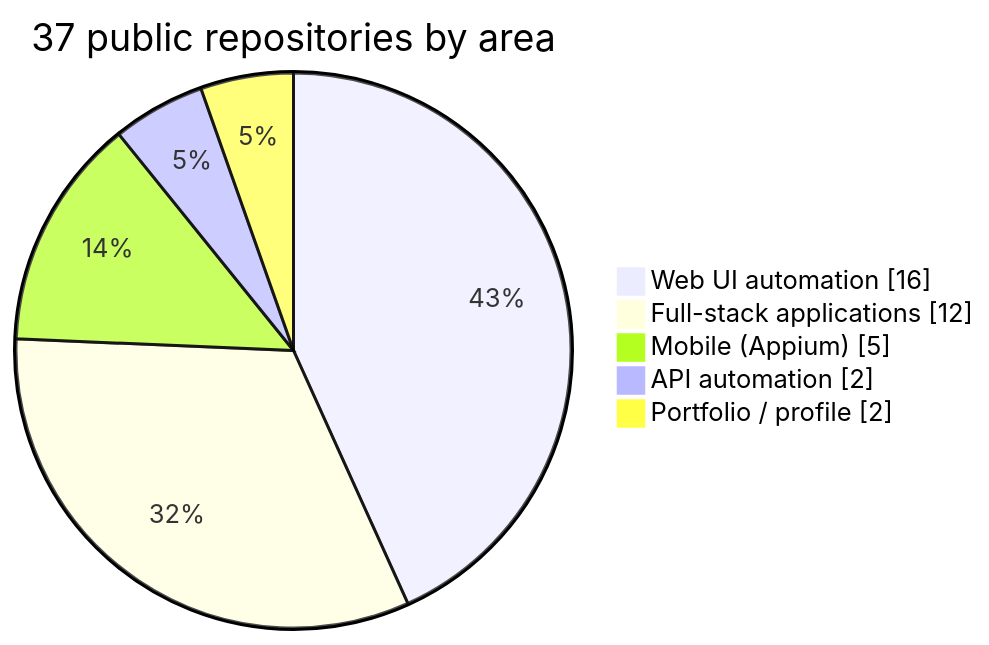
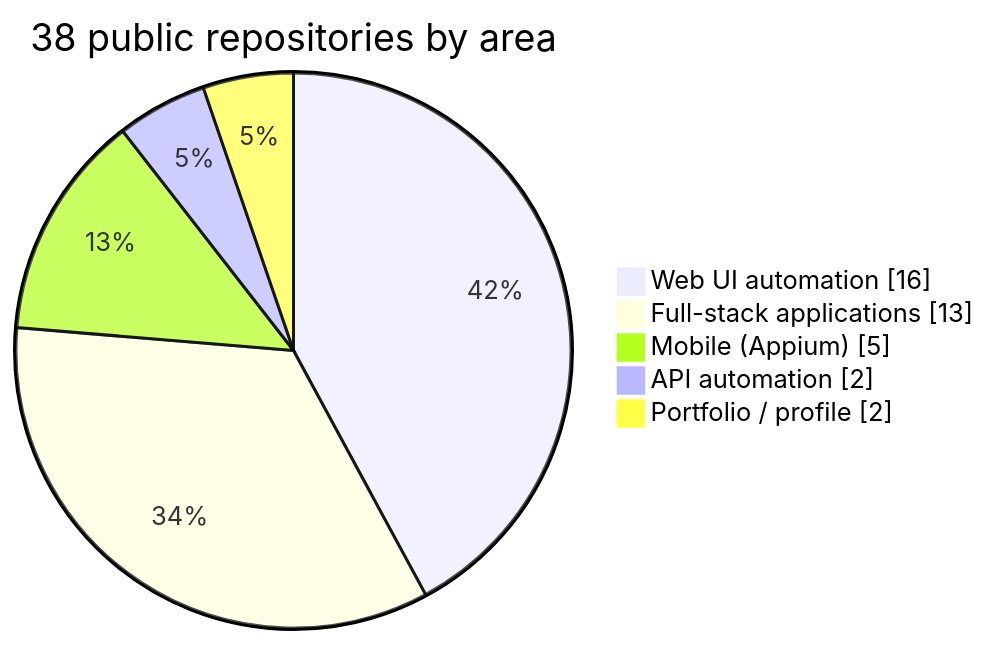
Before and after one commit to rbchy/ranajitchowdhury: the second of 14 diagrams in README.md, drawn with Mermaid. The commit also changed other lines of this file and 3 other files, not shown here.

````diff
--- a/README.md
+++ b/README.md
@@ -81,9 +81,9 @@
 ```mermaid
 pie showData
-    title 37 public repositories by area
+    title 38 public repositories by area
     "Web UI automation" : 16
-    "Full-stack applications" : 12
+    "Full-stack applications" : 13
     "Mobile (Appium)" : 5
     "API automation" : 2
     "Portfolio / profile" : 2
 ```
````
